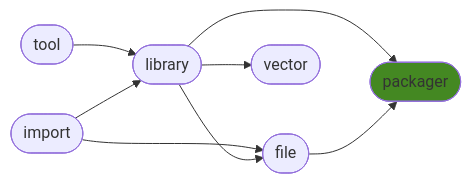
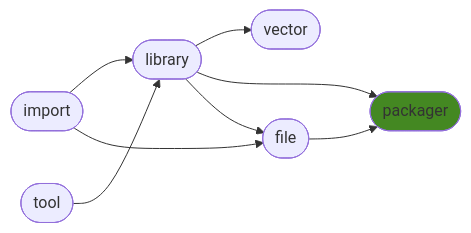
Before and after one commit to ManderaGeneral/generalpackager: the diagram in README.md, drawn with Mermaid. The commit also changed other lines of this file, not shown here.

````diff
--- a/README.md
+++ b/README.md
@@ -24,17 +24,17 @@
 ```mermaid
 flowchart LR
-2([library]) --> 5([packager])
+3([file]) --> 5([packager])
 1([tool]) --> 2([library])
 2([library]) --> 4([vector])
+0([import]) --> 2([library])
+2([library]) --> 5([packager])
+2([library]) --> 3([file])
 0([import]) --> 3([file])
-2([library]) --> 3([file])
-3([file]) --> 5([packager])
-0([import]) --> 2([library])
 click 0 "https://github.com/ManderaGeneral/generalimport"
 click 1 "https://github.com/ManderaGeneral/generaltool"
 click 2 "https://github.com/ManderaGeneral/generallibrary"
 click 3 "https://github.com/ManderaGeneral/generalfile"
 click 4 "https://github.com/ManderaGeneral/generalvector"
 click 5 "https://github.com/ManderaGeneral/generalpackager"
 style 5 fill:#482
 ```
````
